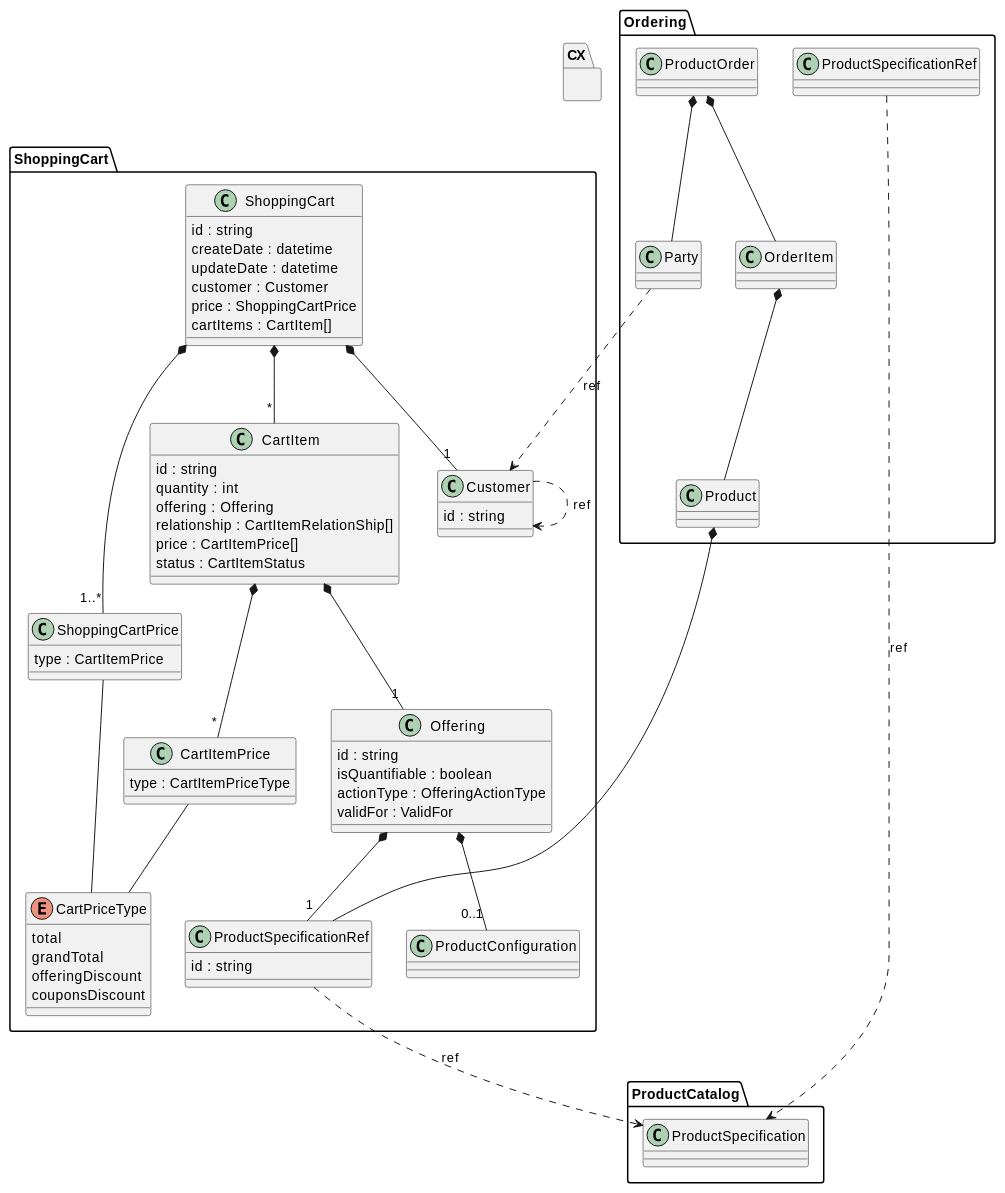
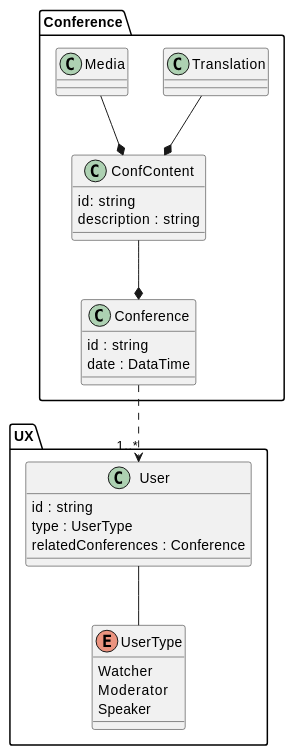
Before and after one commit to loross90/ArchSchool: the diagram in docs/data/data.md, drawn with PlantUML. The commit also changed 2 other files, not shown here.

Commit message:
Сделал ДЗ по 3 модулю

````diff
--- a/docs/data/data.md
+++ b/docs/data/data.md
@@ -8,89 +9,41 @@
 ```plantuml
-@startuml
+@startuml Model
 ' Логическая модель данных в варианте UML Class Diagram (альтернатива ER-диаграмме).
-namespace ShoppingCart {
-
- class ShoppingCart
- {
-  id : string
-  createDate : datetime
-  updateDate : datetime
-  customer : Customer
-  price : ShoppingCartPrice
-  cartItems : CartItem[]
- }
-
- class ShoppingCartPrice
- {
-  type : CartItemPrice
- }
- class CartItemPrice
- {
-  type : CartItemPriceType
- }
-
- enum CartPriceType
- {
-  total
-  grandTotal
-  offeringDiscount
-  couponsDiscount
- }
-
- class CartItem
- {
-  id : string
-  quantity : int
-  offering : Offering
-  relationship : CartItemRelationShip[]
-  price : CartItemPrice[]
-  status : CartItemStatus
- }
-
-  class Customer
- {
-  id : string
- }
- 
- class Offering
- {
-  id : string
-  isQuantifiable : boolean
-  actionType : OfferingActionType
-  validFor : ValidFor
- }
-  
- class ProductSpecificationRef
- {
-  id : string
- }
- 
- ShoppingCart *-- "1..*" ShoppingCartPrice
- ShoppingCartPrice -- CartPriceType
- ShoppingCart *-- "*" CartItem
- CartItem *-- "*" CartItemPrice
- CartItemPrice -- CartPriceType
- CartItem *-- "1" Offering
- Offering *-- "1" ProductSpecificationRef
- Offering *-- "0..1" ProductConfiguration
- ShoppingCart *-- "1" Customer
+namespace Conference{
+class Conference
+{
+    id : string
+    date : DataTime
 }
 
-namespace Ordering {
- ProductOrder *-- OrderItem
- OrderItem *-- Product
- Product *-- ProductSpecificationRef
- ProductOrder *-- Party
+class ConfContent
+{
+    id: string
+    description : string
 }
 
-namespace ProductCatalog {
- ShoppingCart.ProductSpecificationRef ..> ProductSpecification : ref
- Ordering.ProductSpecificationRef ..> ProductSpecification : ref
+Translation --* ConfContent
+Media --* ConfContent
+ConfContent --* Conference
 }
 
-namespace CX {
- ShoppingCart.Customer ..> Customer : ref
- Ordering.Party ..> Customer : ref
+namespace UX{
+enum UserType
+{
+    Watcher
+    Moderator
+    Speaker
+}
+
+class User
+{
+    id : string
+    type : UserType
+    relatedConferences : Conference
+}
+
+User -- UserType
+Conference.Conference ..> "1..*" User
 }
 @enduml
 ```
````
